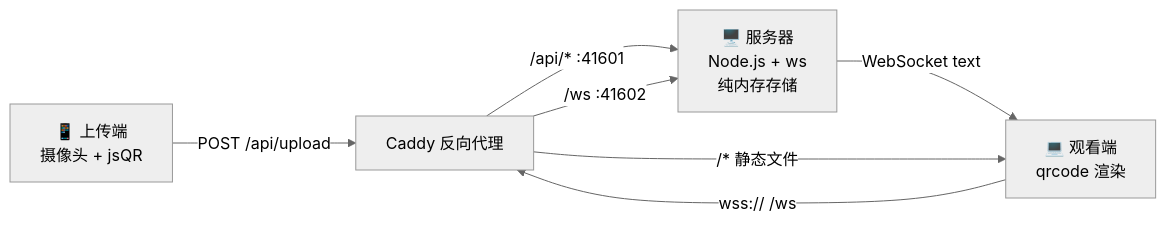
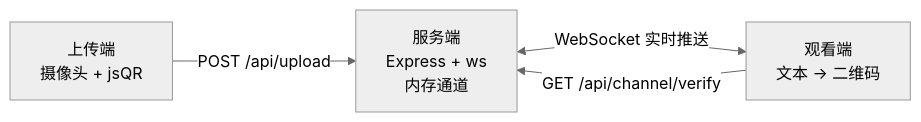
Before and after one commit to Dynesshely/Live-QR: the diagram in README.md, drawn with Mermaid (neutral theme). The commit also changed other lines of this file and 4 other files, not shown here.

````diff
--- a/README.md
+++ b/README.md
@@ -73,16 +76,6 @@
 ```mermaid
 flowchart LR
-    A[📱 上传端<br/>摄像头 + jsQR]
-    S[🖥️ 服务器<br/>Node.js + ws<br/>纯内存存储]
-    V[💻 观看端<br/>qrcode 渲染]
-
-    Caddy[Caddy 反向代理]
-
-    A -->|POST /api/upload| Caddy
-    Caddy -->|/api/* :41601| S
-    V -->|wss:// /ws| Caddy
-    Caddy -->|/ws :41602| S
-    S -->|WebSocket text| V
-
-    Caddy -->|/* 静态文件| V
+    U[上传端<br/>摄像头 + jsQR] -->|POST /api/upload| S[服务端<br/>Express + ws<br/>内存通道]
+    S <-->|WebSocket 实时推送| W[观看端<br/>文本 → 二维码]
+    W -->|GET /api/channel/verify| S
 ```
````
